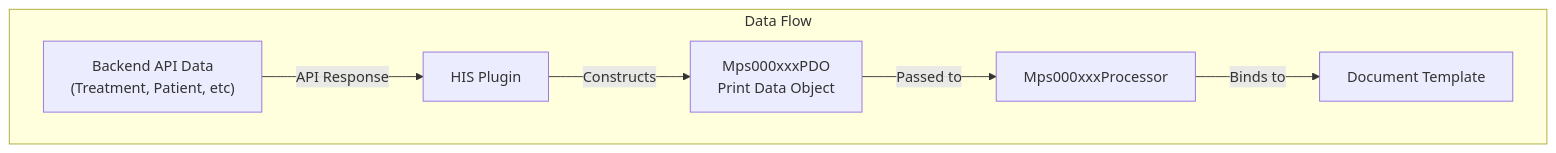
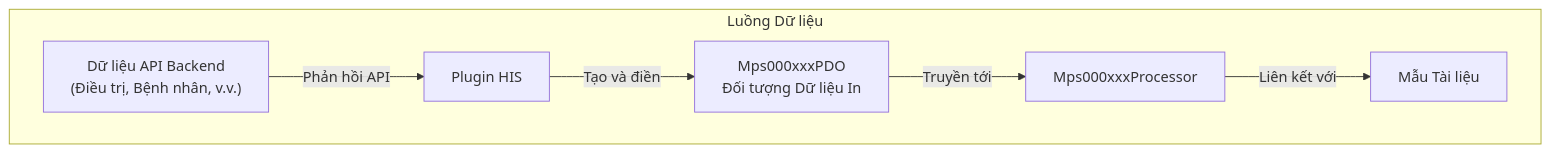
One commit to thangpnb/HIS changed diagram 12 of 32 in docs/his-ba-documentation/04-integrations/notifications-events.md. Above: the diagram before and after it, drawn with Mermaid. The commit also changed other lines of this file and 30 other files, not shown here.

Commit message:
Refactor architecture docs and update translations

````diff
--- a/docs/his-ba-documentation/04-integrations/notifications-events.md
+++ b/docs/his-ba-documentation/04-integrations/notifications-events.md
@@ -794,15 +791,15 @@
 ```mermaid
 graph TB
-    subgraph "Data Flow"
-        Backend["Backend API Data<br/>(Treatment, Patient, etc)"]
-        Plugin["HIS Plugin"]
-        PDO["Mps000xxxPDO<br/>Print Data Object"]
+    subgraph "Luồng Dữ liệu"
+        Backend["Dữ liệu API Backend<br/>(Điều trị, Bệnh nhân, v.v.)"]
+        Plugin["Plugin HIS"]
+        PDO["Mps000xxxPDO<br/>Đối tượng Dữ liệu In"]
         Processor["Mps000xxxProcessor"]
-        Template["Document Template"]
+        Template["Mẫu Tài liệu"]
     end
     
-    Backend -->|"API Response"| Plugin
-    Plugin -->|"Constructs"| PDO
-    PDO -->|"Passed to"| Processor
-    Processor -->|"Binds to"| Template
+    Backend -->|"Phản hồi API"| Plugin
+    Plugin -->|"Tạo và điền"| PDO
+    PDO -->|"Truyền tới"| Processor
+    Processor -->|"Liên kết với"| Template
 ```
````
